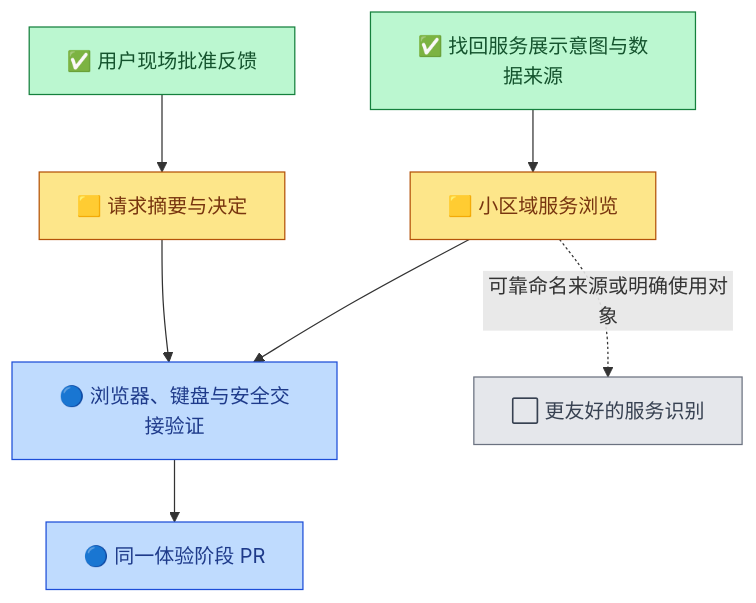
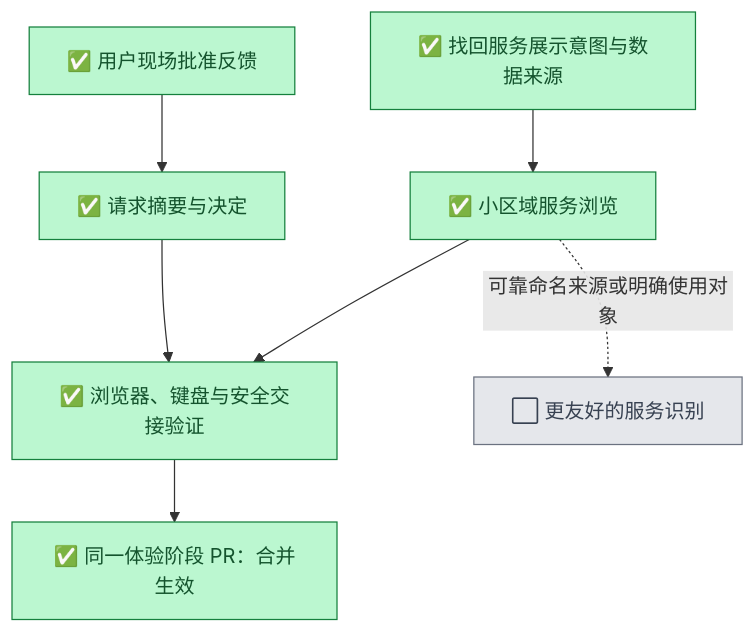
The diagram in docs/project/stages/2026-10-05-plain-language-experience.md (Sugarfarmeriod/TunnelMinion), drawn with Mermaid before and after one commit. The commit also changed other lines of this file and 1 other file, not shown here.

````diff
--- a/docs/project/stages/2026-10-05-plain-language-experience.md
+++ b/docs/project/stages/2026-10-05-plain-language-experience.md
@@ -31,17 +31,15 @@
 ```mermaid
 flowchart TB
-    A["✅ 用户现场批准反馈"] --> C["🟨 请求摘要与决定"]
-    B["✅ 找回服务展示意图与数据来源"] --> D["🟨 小区域服务浏览"]
-    C --> E["🔵 浏览器、键盘与安全交接验证"]
+    A["✅ 用户现场批准反馈"] --> C["✅ 请求摘要与决定"]
+    B["✅ 找回服务展示意图与数据来源"] --> D["✅ 小区域服务浏览"]
+    C --> E["✅ 浏览器、键盘与安全交接验证"]
     D --> E
-    E --> F["🔵 同一体验阶段 PR"]
+    E --> F["✅ 同一体验阶段 PR：合并生效"]
     D -.可靠命名来源或明确使用对象.-> G["⬜ 更友好的服务识别"]
     classDef done fill:#bbf7d0,stroke:#15803d,color:#14532d;
     classDef current fill:#fde68a,stroke:#b45309,color:#78350f;
     classDef next fill:#bfdbfe,stroke:#1d4ed8,color:#1e3a8a;
     classDef later fill:#e5e7eb,stroke:#6b7280,color:#374151;
-    class A,B done;
-    class C,D current;
-    class E,F next;
+    class A,B,C,D,E,F done;
     class G later;
 ```
````
